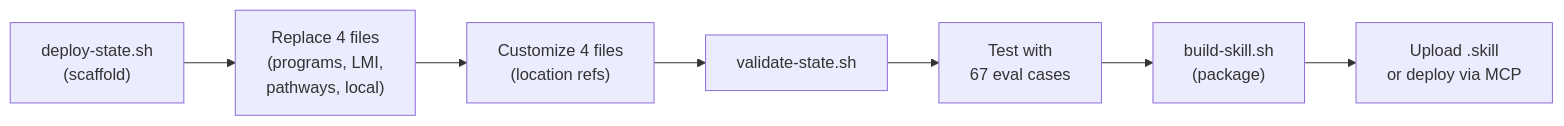
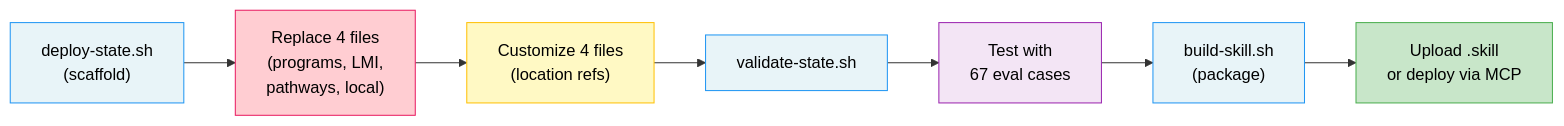
One commit to dougdevitre/access-to-jobs changed the eighth of 8 diagrams in README.md. Above: the diagram before and after it, drawn with Mermaid. The commit also changed other lines of this file and 7 other files, not shown here.

First line of the commit message:
Enhance mermaid diagrams across all documentation files

````diff
--- a/README.md
+++ b/README.md
@@ -186,9 +314,15 @@
 ```mermaid
 flowchart LR
-    A["deploy-state.sh\n(scaffold)"] --> B["Replace 4 files\n(programs, LMI,\npathways, local)"]
-    B --> C["Customize 4 files\n(location refs)"]
-    C --> D["validate-state.sh"]
-    D --> E["Test with\n67 eval cases"]
-    E --> F["build-skill.sh\n(package)"]
-    F --> G["Upload .skill\nor deploy via MCP"]
+    A["deploy-state.sh\n(scaffold)"]:::script --> B["Replace 4 files\n(programs, LMI,\npathways, local)"]:::high
+    B --> C["Customize 4 files\n(location refs)"]:::medium
+    C --> D["validate-state.sh"]:::script
+    D --> E["Test with\n67 eval cases"]:::test
+    E --> F["build-skill.sh\n(package)"]:::script
+    F --> G["Upload .skill\nor deploy via MCP"]:::deploy
+
+    classDef script fill:#e8f4f8,stroke:#2196F3,color:#000
+    classDef high fill:#ffcdd2,stroke:#E91E63,color:#000
+    classDef medium fill:#fff9c4,stroke:#FFC107,color:#000
+    classDef test fill:#f3e5f5,stroke:#9C27B0,color:#000
+    classDef deploy fill:#c8e6c9,stroke:#4CAF50,color:#000
 ```
````
